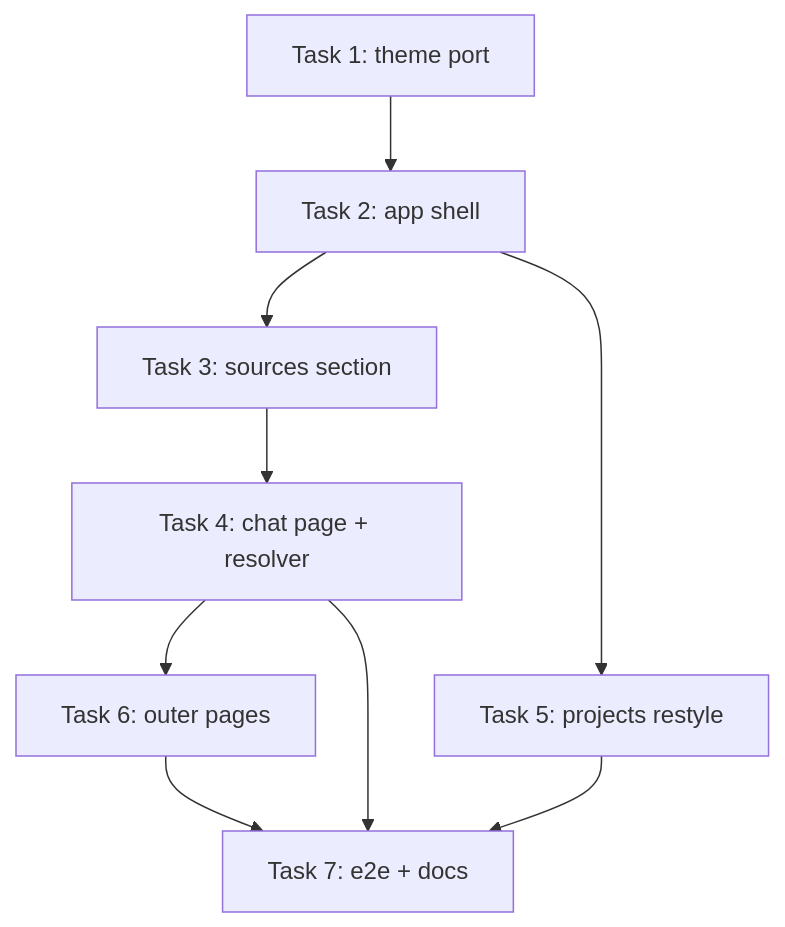
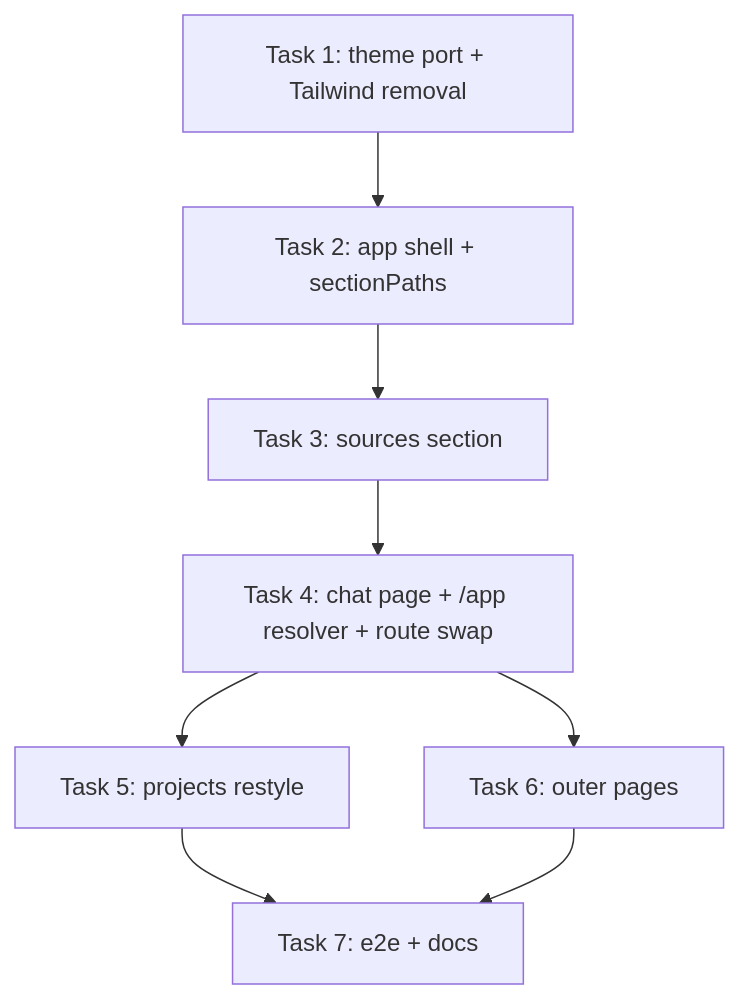
Before and after one commit to dimyG/Loctapus: the diagram in docs/superpowers/plans/2026-10-21-ui-mui-templates.md, drawn with Mermaid. The commit also changed other lines of this file, not shown here.

````diff
--- a/docs/superpowers/plans/2026-10-21-ui-mui-templates.md
+++ b/docs/superpowers/plans/2026-10-21-ui-mui-templates.md
@@ -304,11 +314,10 @@
 ```mermaid
 flowchart TB
-    t1["Task 1: theme port"] --> t2["Task 2: app shell"]
+    t1["Task 1: theme port + Tailwind removal"] --> t2["Task 2: app shell + sectionPaths"]
     t2 --> t3["Task 3: sources section"]
-    t2 --> t5["Task 5: projects restyle"]
-    t3 --> t4["Task 4: chat page + resolver"]
+    t3 --> t4["Task 4: chat page + /app resolver + route swap"]
+    t4 --> t5["Task 5: projects restyle"]
     t4 --> t6["Task 6: outer pages"]
-    t4 --> t7["Task 7: e2e + docs"]
-    t5 --> t7
+    t5 --> t7["Task 7: e2e + docs"]
     t6 --> t7
 ```
````
